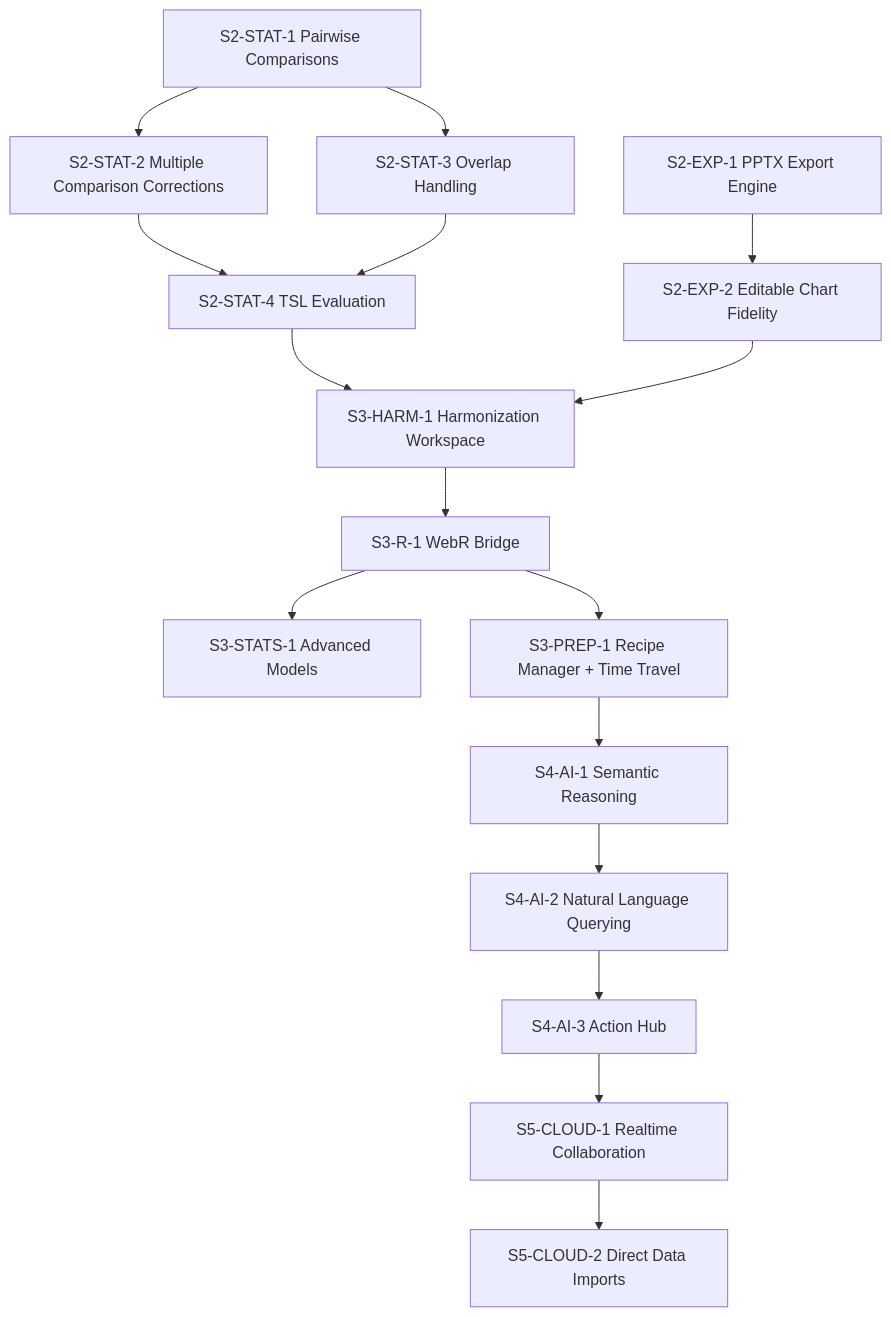
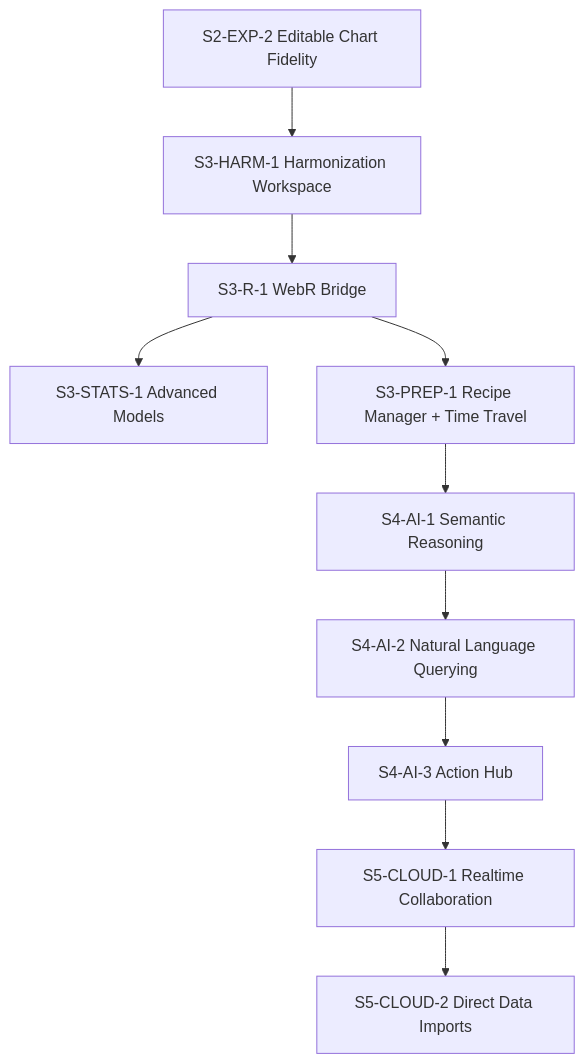
Before and after one commit to cbrown564-alt/Velocity: the diagram in docs/tracker_00_implementation_status.md, drawn with Mermaid. The commit also changed other lines of this file, not shown here.

First line of the commit message:
Tracker: reconcile S2-STAT-1 through S2-STAT-4 as Done

````diff
--- a/docs/tracker_00_implementation_status.md
+++ b/docs/tracker_00_implementation_status.md
@@ -33,23 +33,15 @@
 ```mermaid
 graph TD
-  S2STAT1["S2-STAT-1 Pairwise Comparisons"] --> S2STAT2["S2-STAT-2 Multiple Comparison Corrections"]
-  S2STAT1 --> S2STAT3["S2-STAT-3 Overlap Handling"]
-  S2STAT2 --> S2STAT4["S2-STAT-4 TSL Evaluation"]
-  S2STAT3 --> S2STAT4
-
-  S2EXP1["S2-EXP-1 PPTX Export Engine"] --> S2EXP2["S2-EXP-2 Editable Chart Fidelity"]
-
-  S2STAT4 --> S3HARM1["S3-HARM-1 Harmonization Workspace"]
-  S2EXP2 --> S3HARM1
+  S2EXP2["S2-EXP-2 Editable Chart Fidelity"] --> S3HARM1["S3-HARM-1 Harmonization Workspace"]
 
   S3HARM1 --> S3R1["S3-R-1 WebR Bridge"]
   S3R1 --> S3STATS1["S3-STATS-1 Advanced Models"]
   S3R1 --> S3PREP1["S3-PREP-1 Recipe Manager + Time Travel"]
 
   S3PREP1 --> S4AI1["S4-AI-1 Semantic Reasoning"]
   S4AI1 --> S4AI2["S4-AI-2 Natural Language Querying"]
   S4AI2 --> S4AI3["S4-AI-3 Action Hub"]
 
   S4AI3 --> S5CLOUD1["S5-CLOUD-1 Realtime Collaboration"]
   S5CLOUD1 --> S5CLOUD2["S5-CLOUD-2 Direct Data Imports"]
 ```
````
